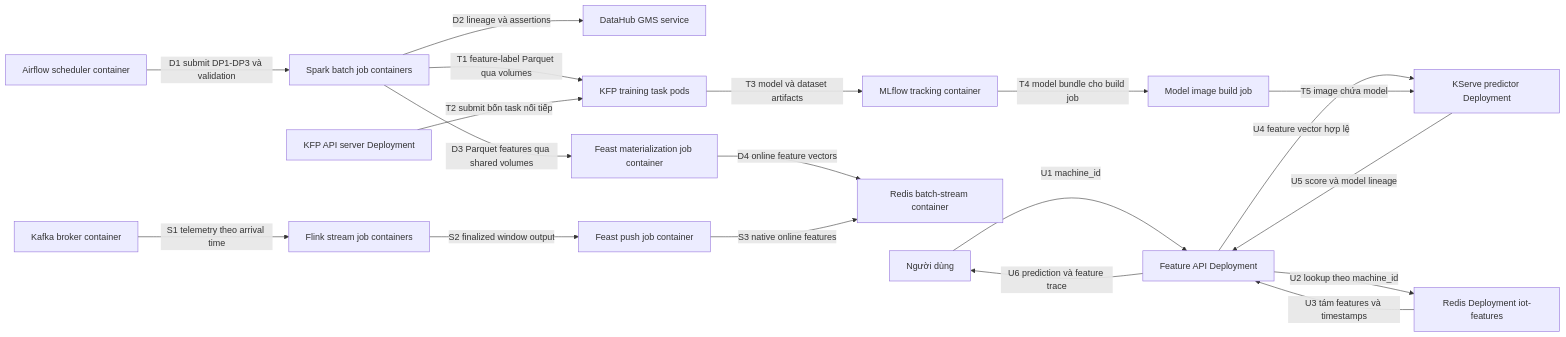
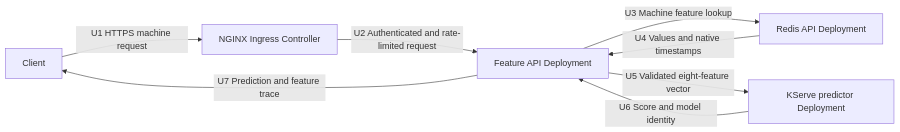
The first of 2 diagrams in docs/architecture.md (anle0429/iot-maintenance-platform), drawn with Mermaid before and after one commit. The commit also changed other lines of this file and 1 other file, not shown here.

Commit message:
Clarify current architecture with request-to-code and monitoring walkthroughs

````diff
--- a/docs/architecture.md
+++ b/docs/architecture.md
@@ -29,21 +23,10 @@
 ```mermaid
 flowchart LR
-    User[Người dùng] -->|U1 machine_id| API[Feature API Deployment]
-    API -->|U2 lookup theo machine_id| Redis[Redis Deployment iot-features]
-    Redis -->|U3 tám features và timestamps| API
-    API -->|U4 feature vector hợp lệ| Predictor[KServe predictor Deployment]
-    Predictor -->|U5 score và model lineage| API
-    API -->|U6 prediction và feature trace| User
-    Airflow[Airflow scheduler container] -->|D1 submit DP1-DP3 và validation| Spark[Spark batch job containers]
-    Spark -->|D2 lineage và assertions| DataHub[DataHub GMS service]
-    Spark -->|D3 Parquet features qua shared volumes| Materializer[Feast materialization job container]
-    Materializer -->|D4 online feature vectors| BatchRedis[Redis batch-stream container]
-    Spark -->|T1 feature-label Parquet qua volumes| Training[KFP training task pods]
-    KFP[KFP API server Deployment] -->|T2 submit bốn task nối tiếp| Training
-    Training -->|T3 model và dataset artifacts| Registry[MLflow tracking container]
-    Registry -->|T4 model bundle cho build job| Builder[Model image build job]
-    Builder -->|T5 image chứa model| Predictor
-    Kafka[Kafka broker container] -->|S1 telemetry theo arrival time| Flink[Flink stream job containers]
-    Flink -->|S2 finalized window output| Push[Feast push job container]
-    Push -->|S3 native online features| BatchRedis
+    Client["Client"] -->|U1 HTTPS machine request| Gateway["NGINX Ingress Controller"]
+    Gateway -->|U2 Authenticated and rate-limited request| API["Feature API Deployment"]
+    API -->|U3 Machine feature lookup| Redis["Redis API Deployment"]
+    Redis -->|U4 Values and native timestamps| API
+    API -->|U5 Validated eight-feature vector| Predictor["KServe predictor Deployment"]
+    Predictor -->|U6 Score and model identity| API
+    API -->|U7 Prediction and feature trace| Client
 ```
````
